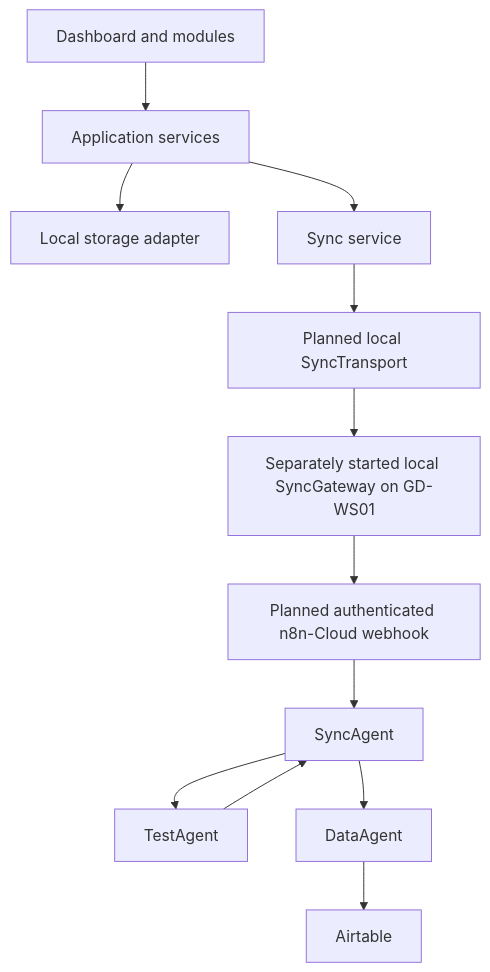
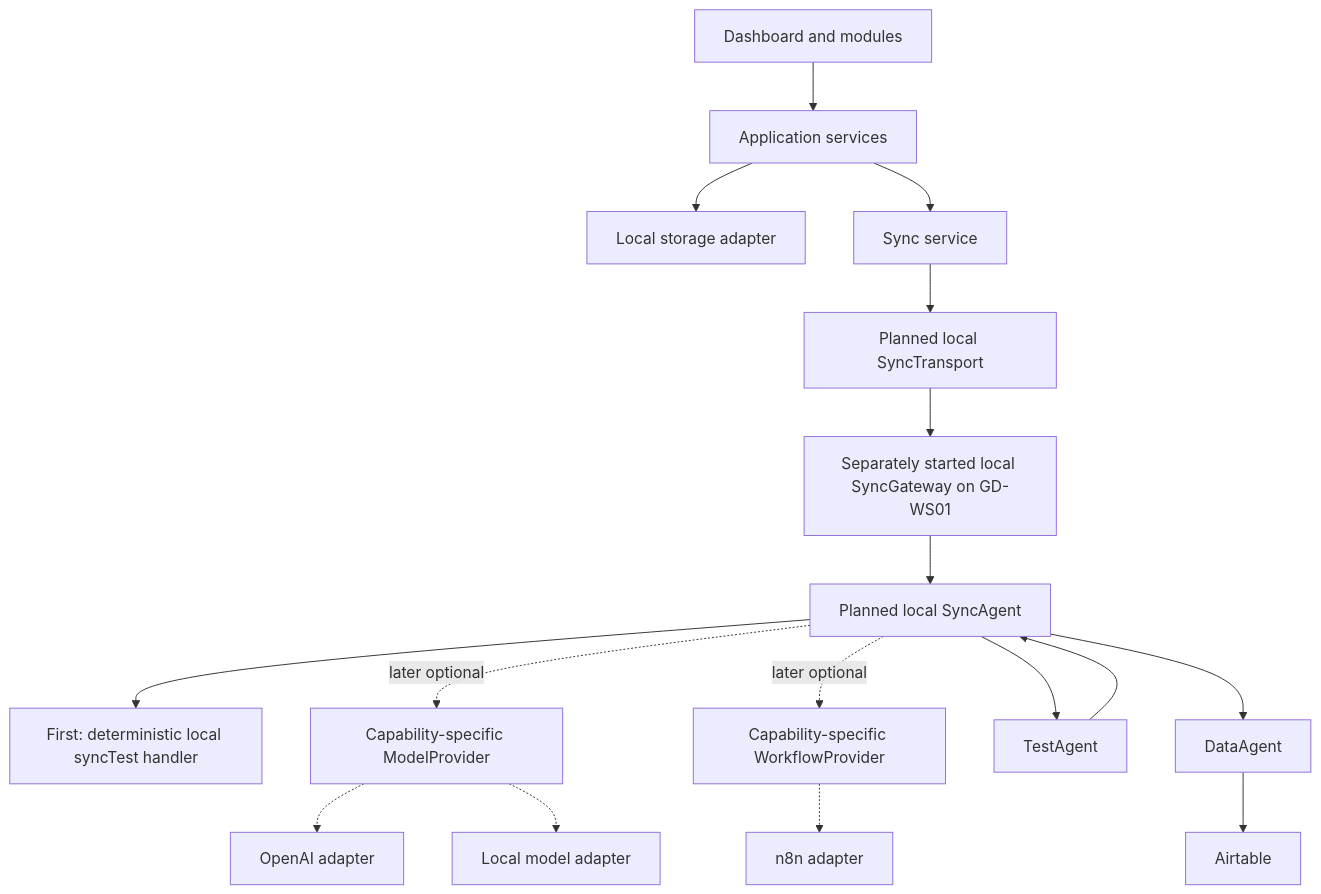
Before and after one commit to Varudan/goldendawn-os: the diagram in README.md, drawn with Mermaid. The commit also changed other lines of this file and 10 other files, not shown here.

Commit message:
docs: adr-0023-local-syncagent-provider-boundary (#52)

````diff
--- a/README.md
+++ b/README.md
@@ -278,14 +294,19 @@
 ```mermaid
 flowchart TD
     UI["Dashboard and modules"] --> Services["Application services"]
     Services --> Local["Local storage adapter"]
     Services --> Sync["Sync service"]
     Sync --> Transport["Planned local SyncTransport"]
     Transport --> Gateway["Separately started local SyncGateway on GD-WS01"]
-    Gateway --> Cloud["Planned authenticated n8n-Cloud webhook"]
-    Cloud --> Agent["SyncAgent"]
+    Gateway --> Agent["Planned local SyncAgent"]
+    Agent --> Handler["First: deterministic local syncTest handler"]
+    Agent -.->|later optional| Model["Capability-specific ModelProvider"]
+    Model -.-> OpenAI["OpenAI adapter"]
+    Model -.-> LocalModel["Local model adapter"]
+    Agent -.->|later optional| Workflow["Capability-specific WorkflowProvider"]
+    Workflow -.-> N8n["n8n adapter"]
     Agent --> Test["TestAgent"]
     Agent --> Data["DataAgent"]
     Test --> Agent
     Data --> Airtable["Airtable"]
 ```
````
